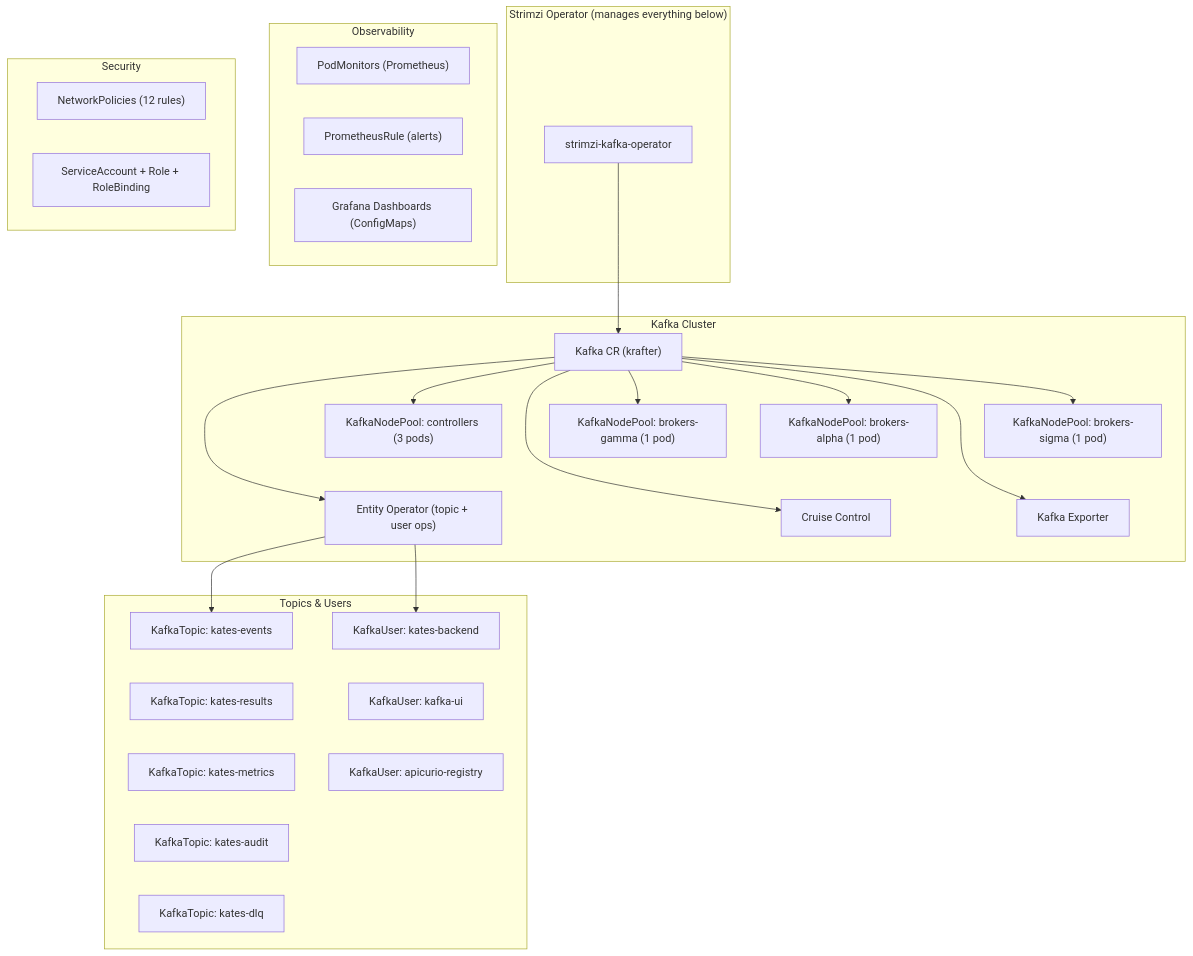
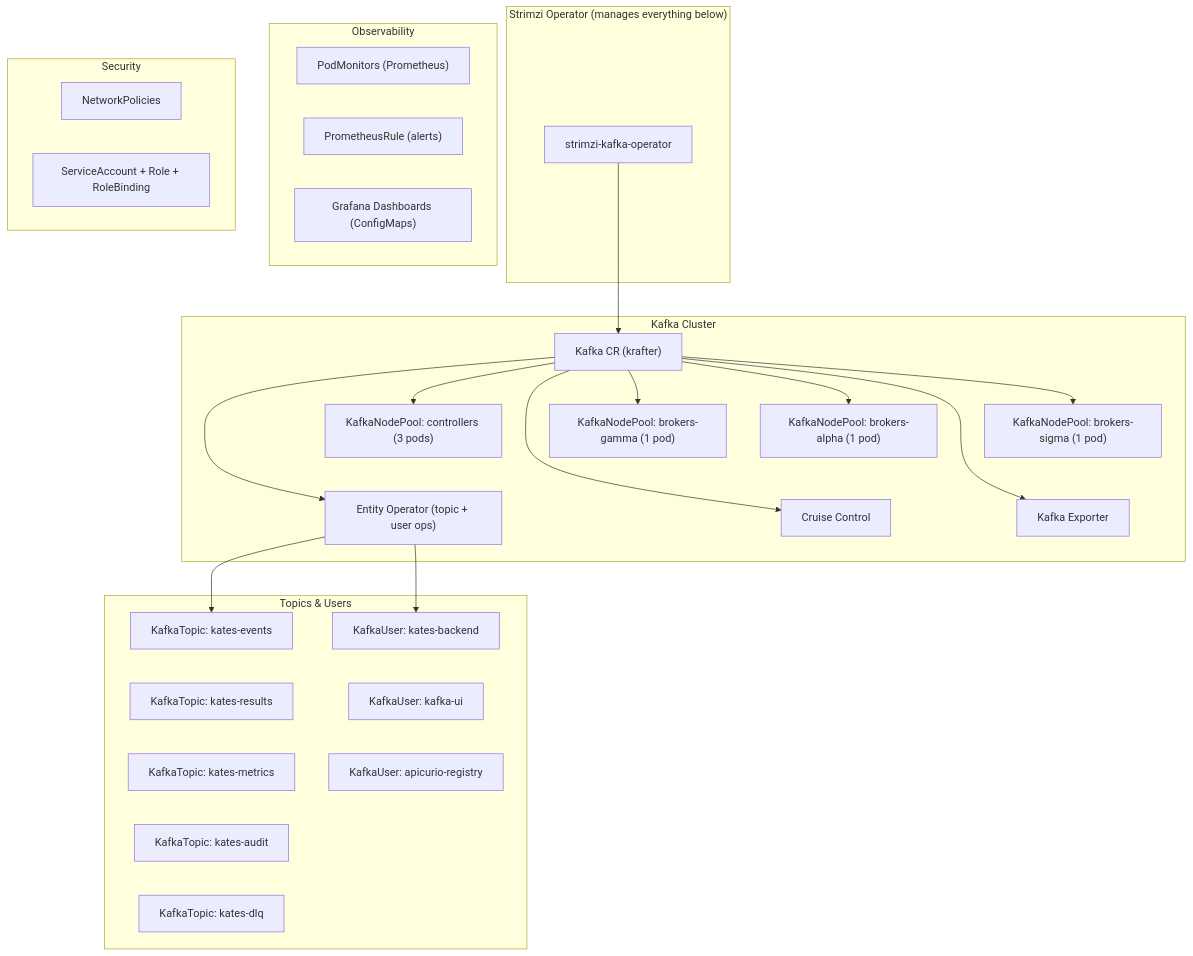
Before and after one commit to actions-marketplace-validations/bmscomp_kates: the first of 5 diagrams in docs/book/20-installation-guide.md, drawn with Mermaid. The commit also changed other lines of this file and 5 other files, not shown here.

````diff
--- a/docs/book/20-installation-guide.md
+++ b/docs/book/20-installation-guide.md
@@ -169,56 +169,56 @@
 ```mermaid
 graph TD
     subgraph "Strimzi Operator (manages everything below)"
         OP["strimzi-kafka-operator"]
     end
 
     subgraph "Kafka Cluster"
         KC["Kafka CR (krafter)"]
         CP["KafkaNodePool: controllers (3 pods)"]
         BP1["KafkaNodePool: brokers-alpha (1 pod)"]
         BP2["KafkaNodePool: brokers-sigma (1 pod)"]
         BP3["KafkaNodePool: brokers-gamma (1 pod)"]
         EO["Entity Operator (topic + user ops)"]
         CC["Cruise Control"]
         KE["Kafka Exporter"]
     end
 
     subgraph "Topics & Users"
         T1["KafkaTopic: kates-events"]
         T2["KafkaTopic: kates-results"]
         T3["KafkaTopic: kates-metrics"]
         T4["KafkaTopic: kates-audit"]
         T5["KafkaTopic: kates-dlq"]
         U1["KafkaUser: kates-backend"]
         U2["KafkaUser: kafka-ui"]
         U3["KafkaUser: apicurio-registry"]
     end
 
     subgraph "Observability"
         PM["PodMonitors (Prometheus)"]
         AR["PrometheusRule (alerts)"]
         GD["Grafana Dashboards (ConfigMaps)"]
     end
 
     subgraph "Security"
-        NP["NetworkPolicies (12 rules)"]
+        NP["NetworkPolicies"]
         RBAC["ServiceAccount + Role + RoleBinding"]
     end
 
     OP --> KC
     KC --> CP
     KC --> BP1
     KC --> BP2
     KC --> BP3
     KC --> EO
     KC --> CC
     KC --> KE
     EO --> T1
     EO --> U1
 
     CP ~~~ EO
     BP1 ~~~ CC
     BP2 ~~~ KE
     T1 ~~~ T2 ~~~ T3 ~~~ T4 ~~~ T5
     U1 ~~~ U2 ~~~ U3
 ```
````
